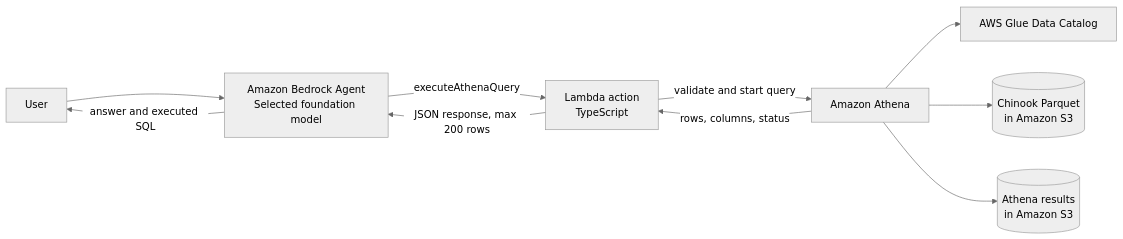
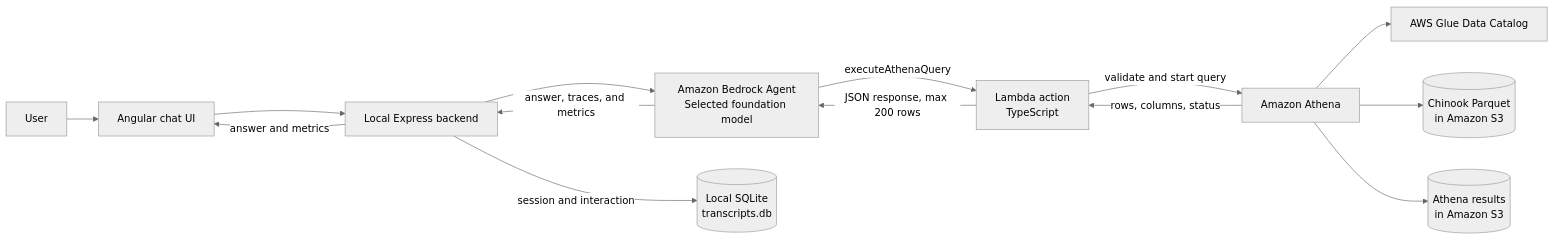
The diagram in docs/architecture.md (MateuszKikmunter/msc-research), drawn with Mermaid (neutral theme) before and after one commit. The commit also changed other lines of this file and 3 other files, not shown here.

````diff
--- a/docs/architecture.md
+++ b/docs/architecture.md
@@ -11,12 +11,16 @@
 ```mermaid
 flowchart LR
-    U[User] --> A[Amazon Bedrock Agent\nSelected foundation model]
+    U[User] --> UI[Angular chat UI]
+    UI --> B[Local Express backend]
+    B --> A[Amazon Bedrock Agent\nSelected foundation model]
     A -->|executeAthenaQuery| L[Lambda action\nTypeScript]
     L -->|validate and start query| Q[Amazon Athena]
     Q --> G[AWS Glue Data Catalog]
     Q --> D[(Chinook Parquet\nin Amazon S3)]
     Q --> R[(Athena results\nin Amazon S3)]
     Q -->|rows, columns, status| L
     L -->|JSON response, max 200 rows| A
-    A -->|answer and executed SQL| U
+    A -->|answer, traces, and metrics| B
+    B -->|session and interaction| T[(Local SQLite\ntranscripts.db)]
+    B -->|answer and metrics| UI
 ```
````
